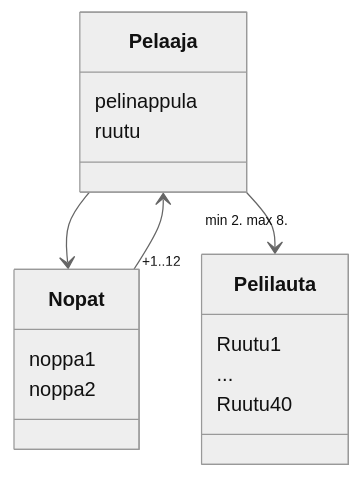
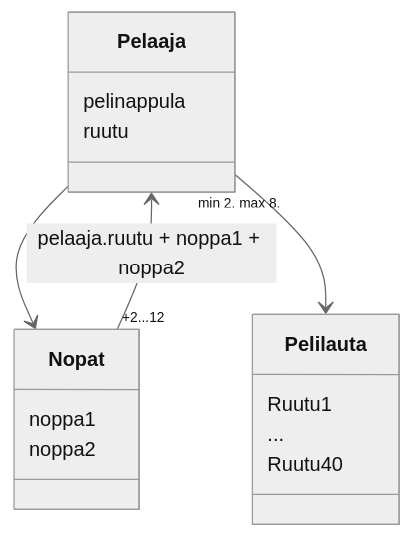
Before and after one commit to alumppio/ot-harjoitustyo: the diagram in laskarit/viikko3/monopoli.md, drawn with Mermaid (neutral theme). The commit also changed other lines of this file and 1 other file, not shown here.

Commit message:
monopoli.md

````diff
--- a/laskarit/viikko3/monopoli.md
+++ b/laskarit/viikko3/monopoli.md
@@ -3,26 +3,26 @@
 ```mermaid 
 
   classDiagram
       Pelaaja --> Nopat
-      Nopat "+1..12" --> Pelaaja
+      Nopat "+2...12" --> Pelaaja : pelaaja.ruutu + noppa1 + noppa2
       Pelaaja "min 2. max 8." --> Pelilauta
 
     class Pelilauta{
         Ruutu1
         ...
         Ruutu40
 
     }
 
     class Nopat{
         noppa1
         noppa2
     }
 
 
       class Pelaaja{
           pelinappula
           ruutu
       }    
 
 ```
````
